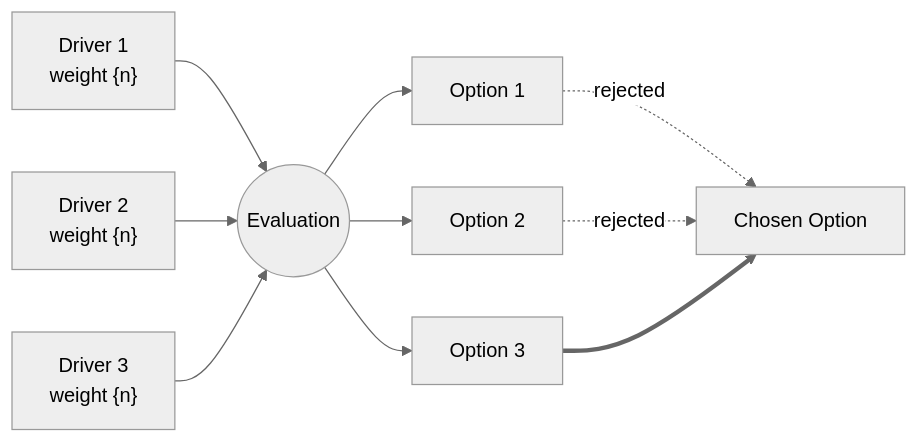
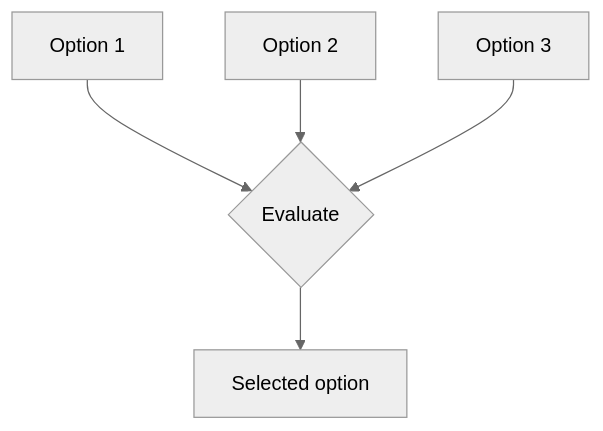
Before and after one commit to jnPiyush/AgentX: the second of 2 diagrams in .github/templates/ADR-TEMPLATE.md, drawn with Mermaid (neutral theme). The commit also changed other lines of this file and 339 other files, not shown here.

````diff
--- a/.github/templates/ADR-TEMPLATE.md
+++ b/.github/templates/ADR-TEMPLATE.md
@@ -402,12 +103,7 @@
 ```mermaid
-flowchart LR
-    D1["Driver 1<br/>weight {n}"] --> Eval((Evaluation))
-    D2["Driver 2<br/>weight {n}"] --> Eval
-    D3["Driver 3<br/>weight {n}"] --> Eval
-    Eval --> O1["Option 1"]
-    Eval --> O2["Option 2"]
-    Eval --> O3["Option 3"]
-    O1 -. rejected .-> Out
-    O2 -. rejected .-> Out
-    O3 ==> Out["Chosen Option"]
+flowchart TB
+    O1[Option 1] --> Eval{Evaluate}
+    O2[Option 2] --> Eval
+    O3[Option 3] --> Eval
+    Eval --> Win[Selected option]
 ```
````
